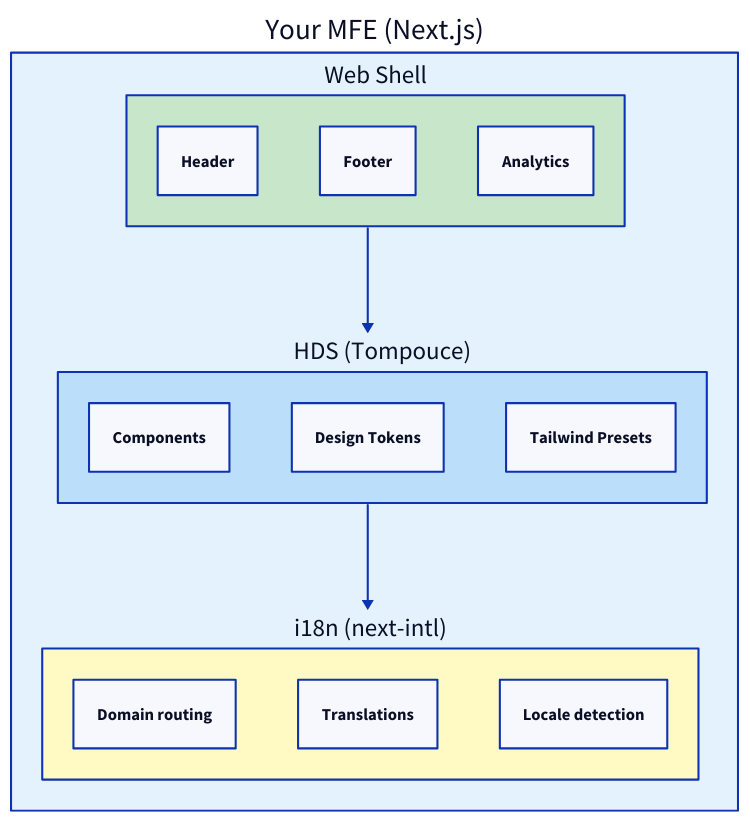
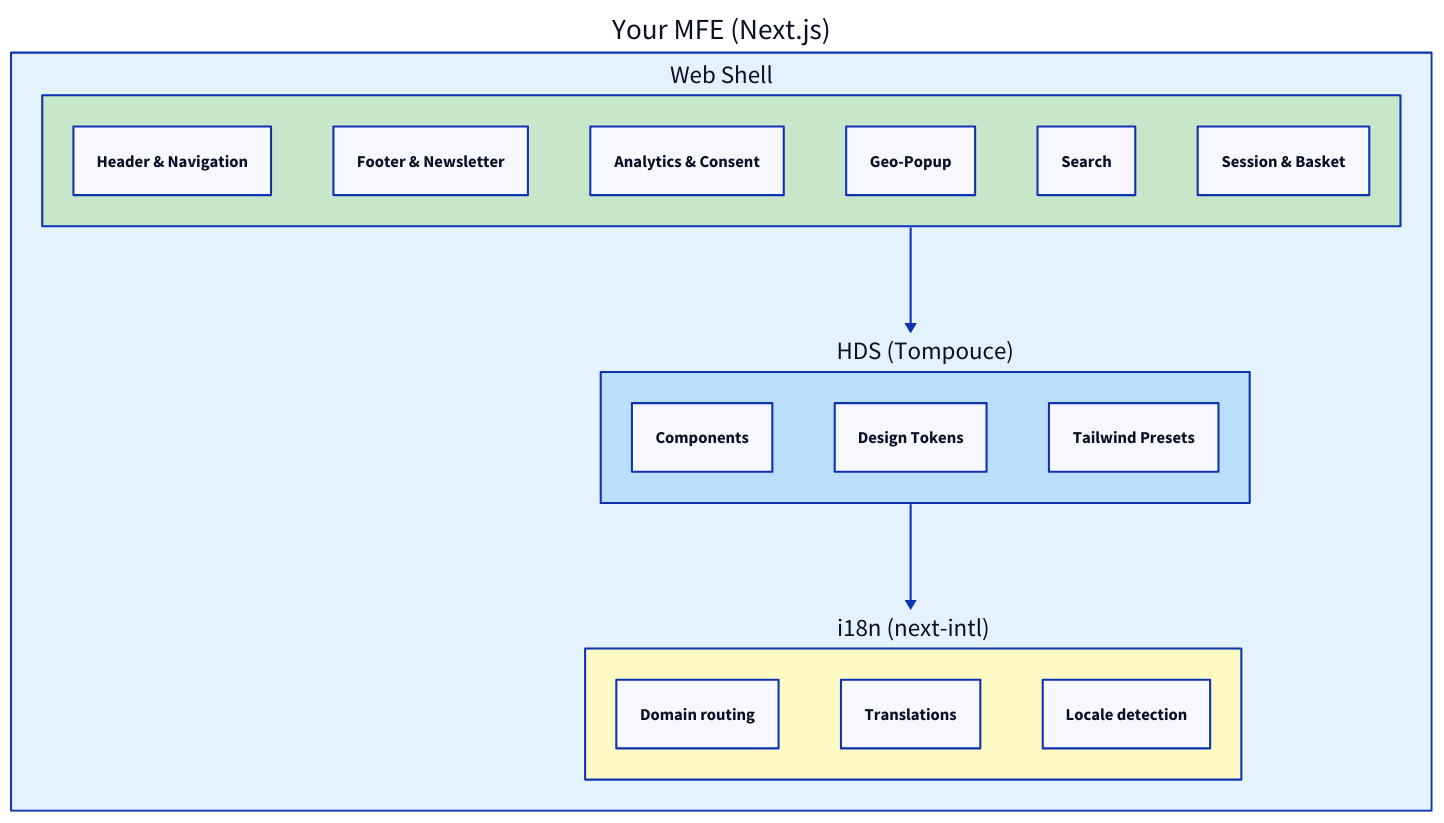
The first of 3 diagrams in src/content/docs/golden-path/tutorial/06-capabilities.md (HemaEcom/developertrainings-golden-path-docs-experiment), drawn with D2 before and after one commit. The commit also changed other lines of this file and 90 other files, not shown here.

````diff
--- a/src/content/docs/golden-path/tutorial/06-capabilities.md
+++ b/src/content/docs/golden-path/tutorial/06-capabilities.md
@@ -16,30 +16,33 @@
 ```d2
 direction: down
 
 mfe: "Your MFE (Next.js)" {
   style.fill: "#E3F2FD"
 
   shell: "Web Shell" {
     style.fill: "#C8E6C9"
-    header: "Header"
-    footer: "Footer"
-    analytics: "Analytics"
+    header: "Header & Navigation"
+    footer: "Footer & Newsletter"
+    analytics: "Analytics & Consent"
+    geo: "Geo-Popup"
+    search: "Search"
+    session: "Session & Basket"
   }
 
   hds: "HDS (Tompouce)" {
     style.fill: "#BBDEFB"
     components: "Components"
     tokens: "Design Tokens"
     tailwind: "Tailwind Presets"
   }
 
   i18n: "i18n (next-intl)" {
     style.fill: "#FFF9C4"
     routing: "Domain routing"
     messages: "Translations"
     detection: "Locale detection"
   }
 
   shell -> hds -> i18n
 }
 ```
````
